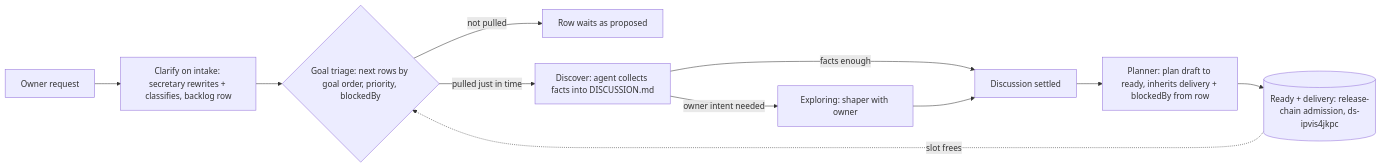
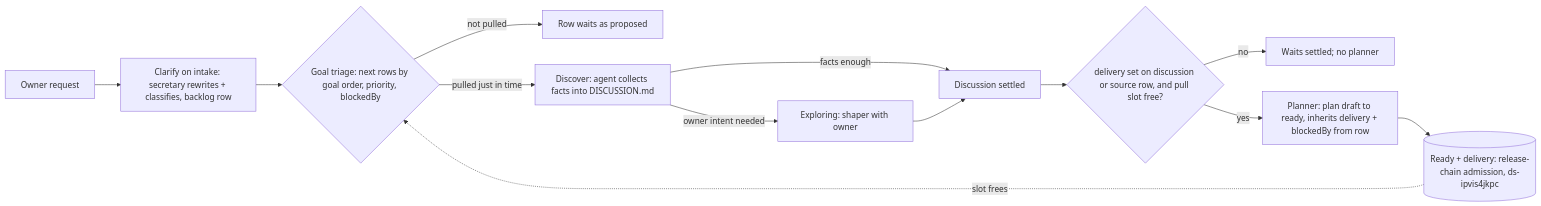
The diagram in plans/discussions/ds-3in4yb5thk-backlog-to-ready-pipeline/DISCUSSION.md (vantt/forgent), drawn with Mermaid before and after one commit. The commit also changed other lines of this file, not shown here.

Commit message:
discussion(backlog-to-ready-pipeline): settled discussions wait for delivery before a planner

````diff
--- a/plans/discussions/ds-3in4yb5thk-backlog-to-ready-pipeline/DISCUSSION.md
+++ b/plans/discussions/ds-3in4yb5thk-backlog-to-ready-pipeline/DISCUSSION.md
@@ -66,12 +72,14 @@
 ```mermaid
 flowchart LR
   R[Owner request] --> C[Clarify on intake: secretary rewrites + classifies, backlog row]
   C --> T{Goal triage: next rows by goal order, priority, blockedBy}
   T -- not pulled --> W[Row waits as proposed]
   T -- pulled just in time --> D[Discover: agent collects facts into DISCUSSION.md]
   D -- facts enough --> S[Discussion settled]
   D -- owner intent needed --> E[Exploring: shaper with owner] --> S
-  S --> P[Planner: plan draft to ready, inherits delivery + blockedBy from row]
+  S --> G{delivery set on discussion or source row, and pull slot free?}
+  G -- no --> H[Waits settled; no planner]
+  G -- yes --> P[Planner: plan draft to ready, inherits delivery + blockedBy from row]
   P --> Q[(Ready + delivery: release-chain admission, ds-ipvis4jkpc)]
   Q -. slot frees .-> T
 ```
````
